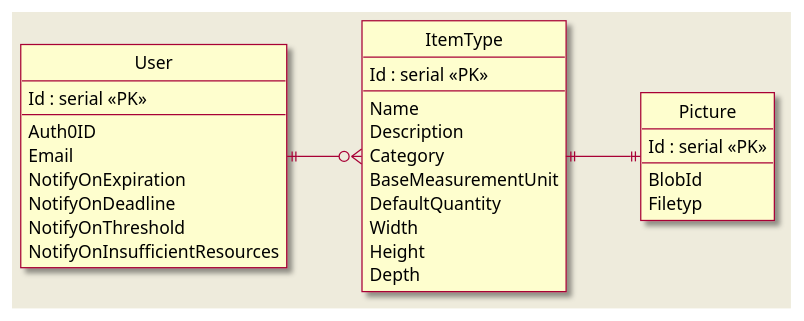
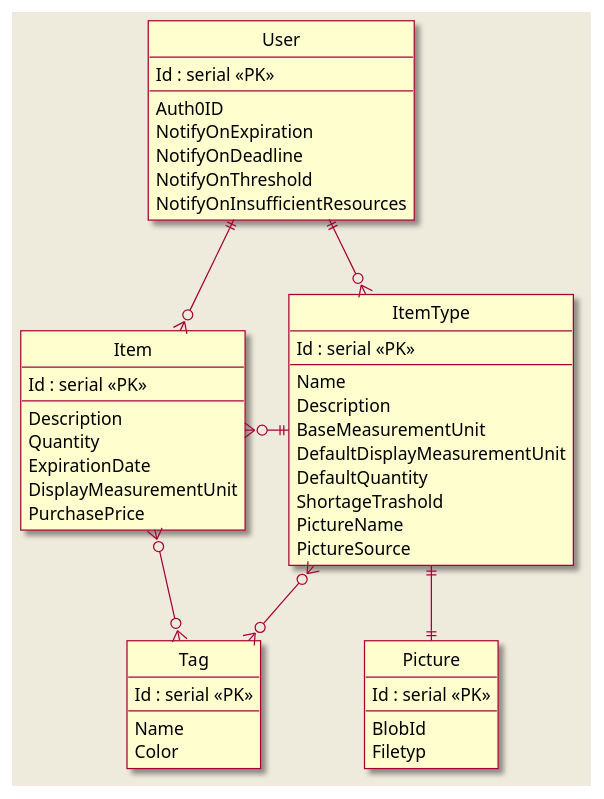
The diagram in diagrams/er.pu (Lingers-3/project), drawn with PlantUML before and after one commit. The commit also changed 7 other files, not shown here.

Commit message:
updated all diagrams

```diff
--- a/diagrams/er.pu
+++ b/diagrams/er.pu
@@ -1,42 +1,65 @@
 @startuml
 skin rose
 skinparam backgroundColor #EEEBDC
 hide circle
-skinparam linetype ortho
-left to right direction
+/' skinparam linetype ortho '/
+/' left to right direction '/
 
 entity User {
   Id : serial <<PK>>
   --
   Auth0ID
-  Email
   NotifyOnExpiration
   NotifyOnDeadline
   NotifyOnThreshold
   NotifyOnInsufficientResources
 }
 
-
 entity ItemType {
   Id : serial <<PK>>
   --
   Name
   Description
-  Category
   BaseMeasurementUnit
+  DefaultDisplayMeasurementUnit
   DefaultQuantity
-  Width
-  Height
-  Depth
+  ShortageTrashold
+  PictureName
+  PictureSource
+}
+
+entity Item {
+  Id : serial <<PK>>
+  --
+  Description
+  Quantity
+  ExpirationDate
+  DisplayMeasurementUnit
+  PurchasePrice
 }
 
 entity Picture {
   Id : serial <<PK>>
   --
   BlobId
   Filetyp
 }
 
-User ||--o{ ItemType
+entity Tag {
+  Id : serial <<PK>>
+  --
+  Name
+  Color
+}
+
+User ||-d-o{ ItemType
+User ||-d-o{ Item
+
+ItemType }o-d-o{ Tag
+Item }o-d-o{ Tag
+
+Item }o-r-|| ItemType
+
 ItemType ||--|| Picture
+
 @enduml
```
